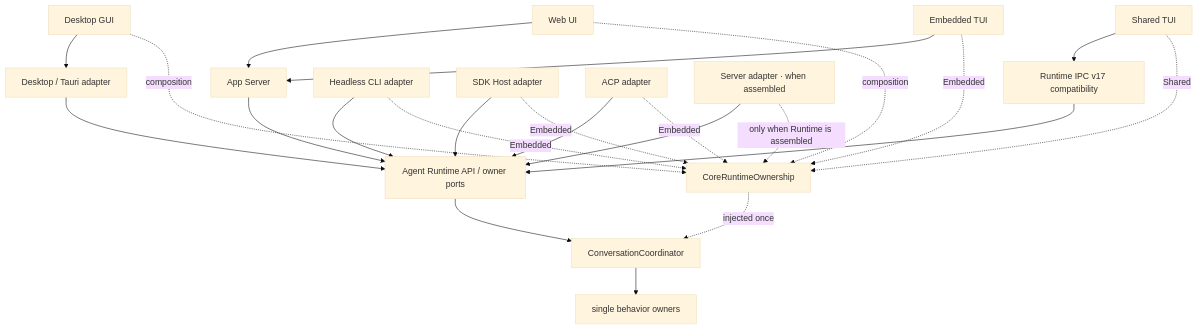
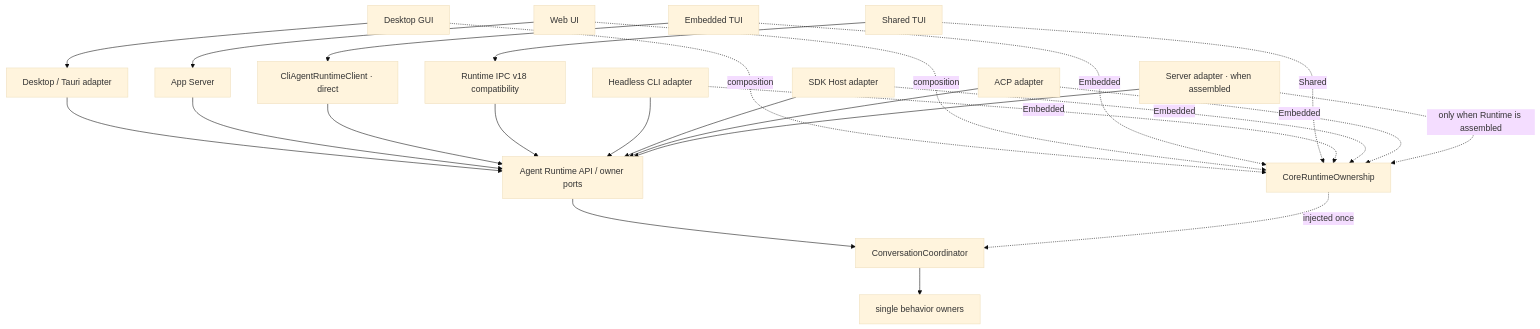
Diagram 12 of 17 in docs/architecture/agent-runtime-deployment-design.md (GCWing/BitFun), drawn with Mermaid (base theme) before and after one commit. The commit also changed other lines of this file and 181 other files, not shown here.

First line of the commit message:
refactor(cli): use direct runtime for embedded TUI

````diff
--- a/docs/architecture/agent-runtime-deployment-design.md
+++ b/docs/architecture/agent-runtime-deployment-design.md
@@ -351,26 +365,27 @@
 ```mermaid
 flowchart TB
   GUI["Desktop GUI"] --> DesktopAdapter["Desktop / Tauri adapter"]
   Web["Web UI"] --> AppServer["App Server"]
-  EmbeddedTUI["Embedded TUI"] --> AppServer
-  SharedTUI["Shared TUI"] --> SharedCompat["Runtime IPC v17 compatibility"]
+  EmbeddedTUI["Embedded TUI"] --> Client["CliAgentRuntimeClient · direct"]
+  SharedTUI["Shared TUI"] --> SharedCompat["Runtime IPC v18 compatibility"]
   DesktopAdapter --> API["Agent Runtime API / owner ports"]
   AppServer --> API["Agent Runtime API / owner ports"]
+  Client --> API
   SharedCompat --> API
   CLI["Headless CLI adapter"] --> API
   SDK["SDK Host adapter"] --> API
   ACP["ACP adapter"] --> API
   Server["Server adapter · when assembled"] --> API
   API --> Coordinator["ConversationCoordinator"]
   Coordinator --> Behavior["single behavior owners"]
 
   GUI -. "composition" .-> Ownership["CoreRuntimeOwnership"]
   Web -. "composition" .-> Ownership
   EmbeddedTUI -. "Embedded" .-> Ownership
   SharedTUI -. "Shared" .-> Ownership
   CLI -. "Embedded" .-> Ownership
   SDK -. "Embedded" .-> Ownership
   ACP -. "Embedded" .-> Ownership
   Server -. "only when Runtime is assembled" .-> Ownership
   Ownership -. "injected once" .-> Coordinator
 ```
````
